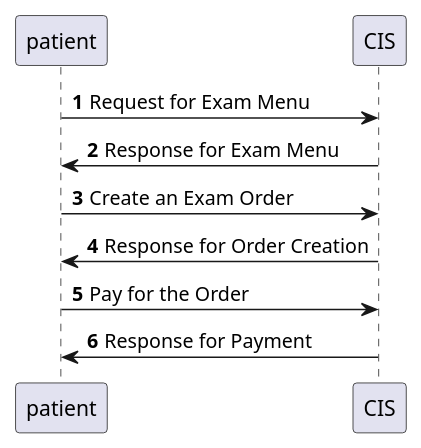
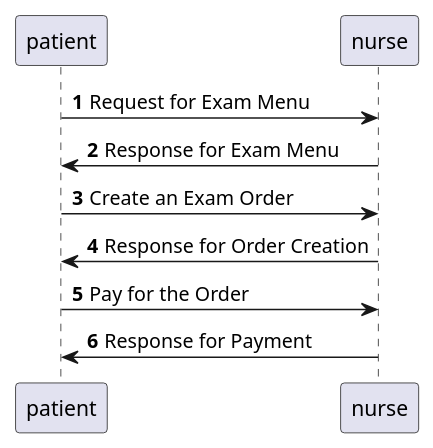
One commit to twotwo/microservice-physical-exam changed the second of 4 diagrams in README.md. Above: the diagram before and after it, drawn with PlantUML. The commit also changed other lines of this file and 18 other files, not shown here.

Commit message:
Use Cases and Sequence Diagrams

````diff
--- a/README.md
+++ b/README.md
@@ -39,11 +43,11 @@
 ```plantuml
 @startuml
 autonumber
-patient -> CIS : Request for Exam Menu
-patient <- CIS : Response for Exam Menu
-patient -> CIS : Create an Exam Order
-patient <- CIS : Response for Order Creation
-patient -> CIS : Pay for the Order
-patient <- CIS : Response for Payment
+patient -> nurse : Request for Exam Menu
+patient <- nurse : Response for Exam Menu
+patient -> nurse : Create an Exam Order
+patient <- nurse : Response for Order Creation
+patient -> nurse : Pay for the Order
+patient <- nurse : Response for Payment
 @enduml
 ```
````
